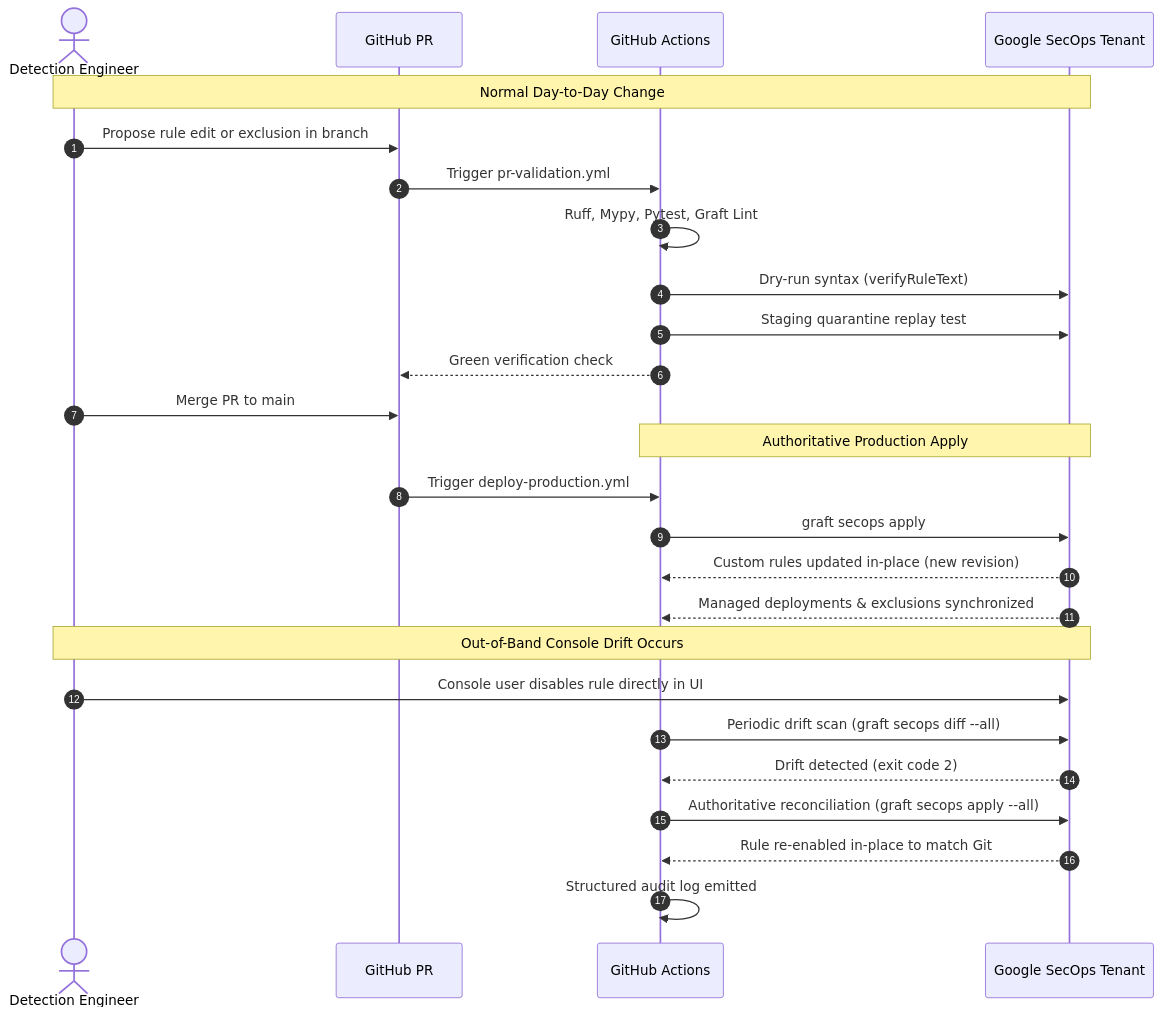
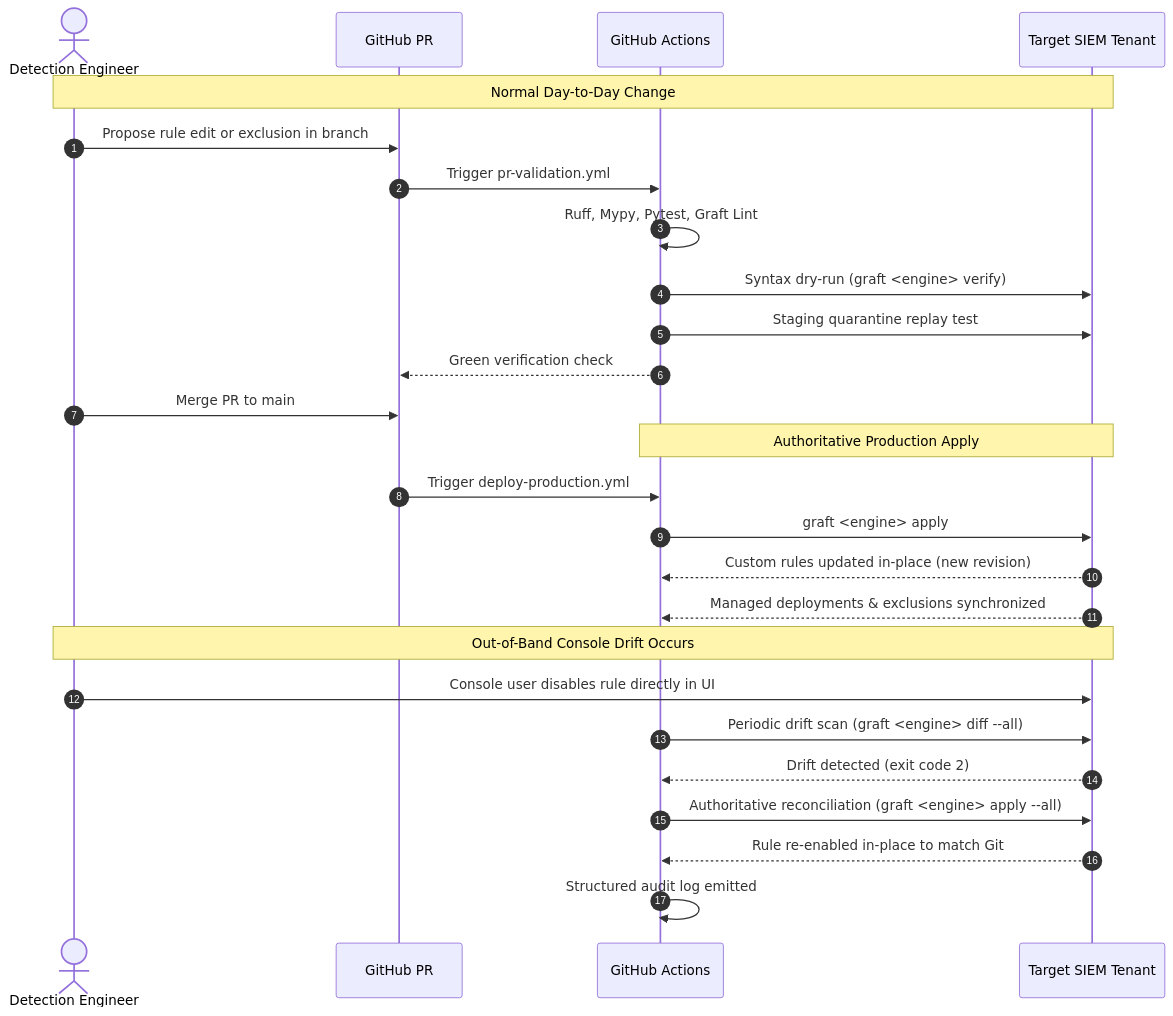
Before and after one commit to lopes/graft: the second of 2 diagrams in docs/operators/adoption.md, drawn with Mermaid. The commit also changed other lines of this file and 37 other files, not shown here.

````diff
--- a/docs/operators/adoption.md
+++ b/docs/operators/adoption.md
@@ -192,31 +192,31 @@
 ```mermaid
 sequenceDiagram
     autonumber
     actor Analyst as Detection Engineer
     participant PR as GitHub PR
     participant CI as GitHub Actions
-    participant SIEM as Google SecOps Tenant
+    participant SIEM as Target SIEM Tenant
 
     Note over Analyst,SIEM: Normal Day-to-Day Change
     Analyst->>PR: Propose rule edit or exclusion in branch
     PR->>CI: Trigger pr-validation.yml
     CI->>CI: Ruff, Mypy, Pytest, Graft Lint
-    CI->>SIEM: Dry-run syntax (verifyRuleText)
+    CI->>SIEM: Syntax dry-run (graft <engine> verify)
     CI->>SIEM: Staging quarantine replay test
     CI-->>PR: Green verification check
     Analyst->>PR: Merge PR to main
 
     Note over CI,SIEM: Authoritative Production Apply
     PR->>CI: Trigger deploy-production.yml
-    CI->>SIEM: graft secops apply
+    CI->>SIEM: graft <engine> apply
     SIEM-->>CI: Custom rules updated in-place (new revision)
     SIEM-->>CI: Managed deployments & exclusions synchronized
 
     Note over Analyst,SIEM: Out-of-Band Console Drift Occurs
     Analyst->>SIEM: Console user disables rule directly in UI
-    CI->>SIEM: Periodic drift scan (graft secops diff --all)
+    CI->>SIEM: Periodic drift scan (graft <engine> diff --all)
     SIEM-->>CI: Drift detected (exit code 2)
-    CI->>SIEM: Authoritative reconciliation (graft secops apply --all)
+    CI->>SIEM: Authoritative reconciliation (graft <engine> apply --all)
     SIEM-->>CI: Rule re-enabled in-place to match Git
     CI->>CI: Structured audit log emitted
 ```
````
